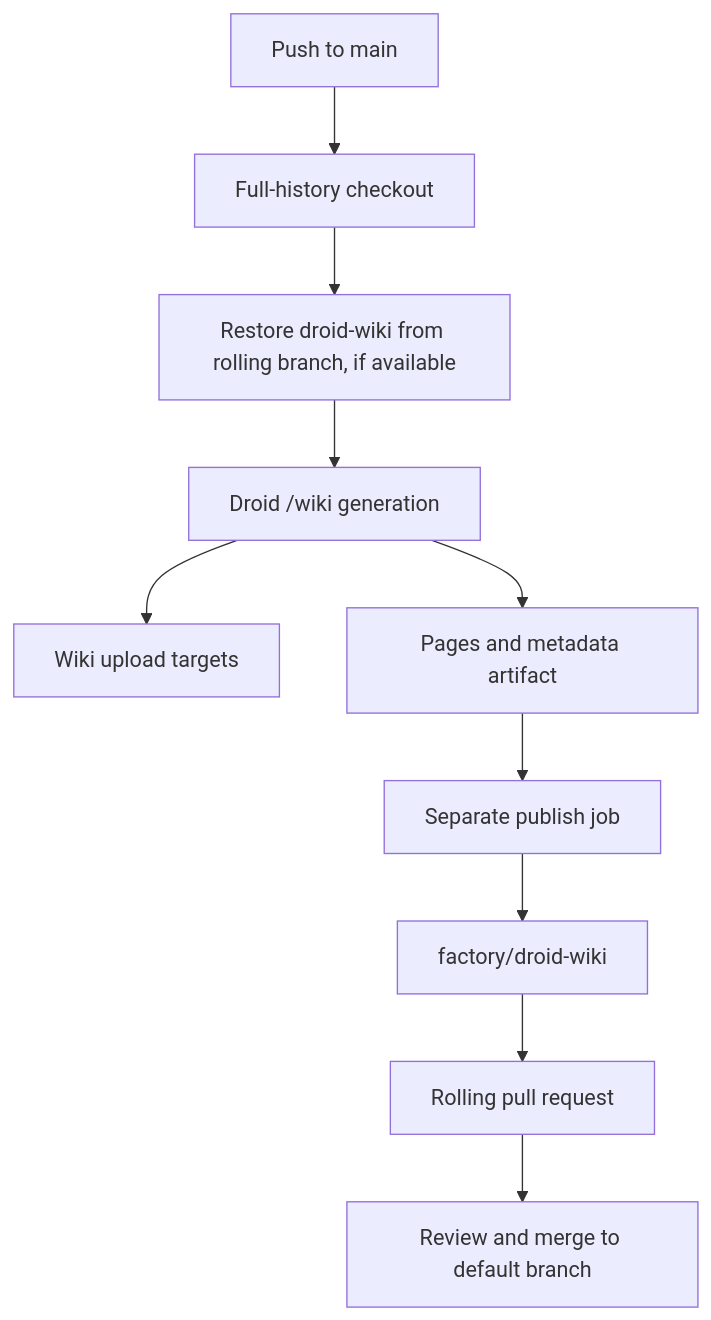
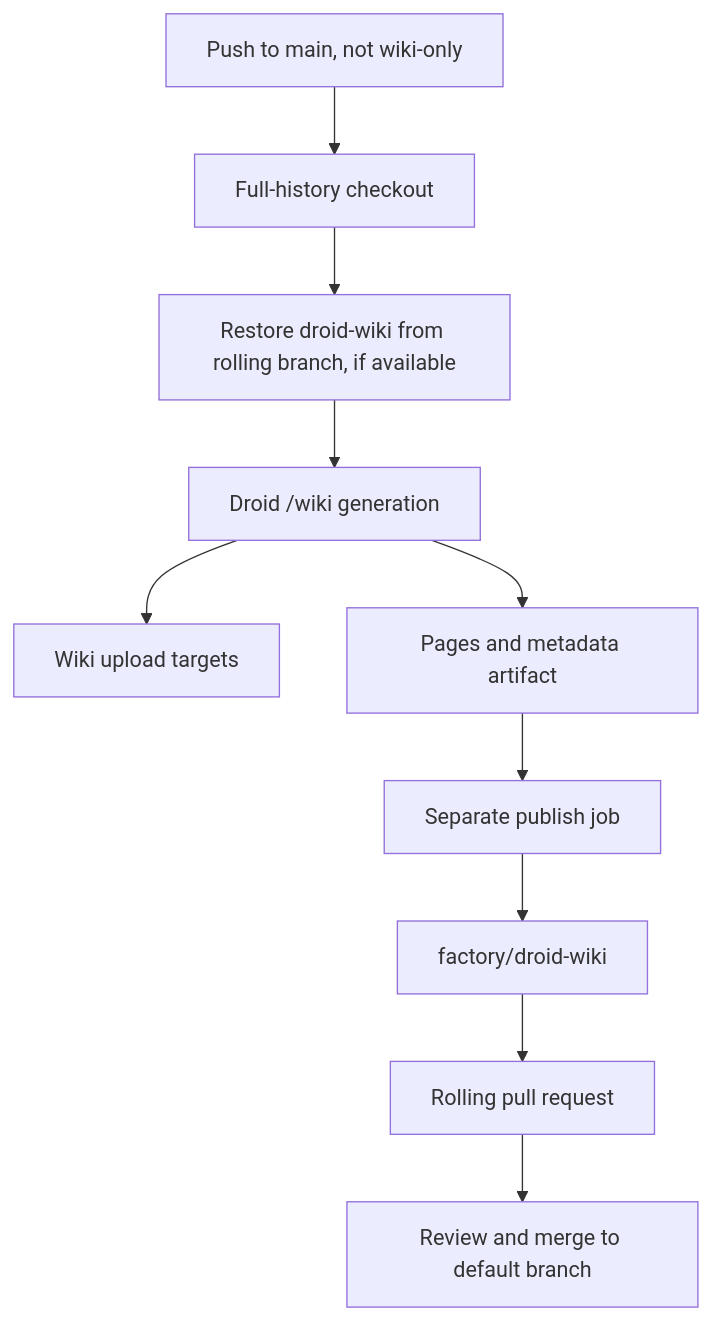
Before and after one commit to calisweetleaf/somnus-metadata: the diagram in droid-wiki/deployment.md, drawn with Mermaid. The commit also changed other lines of this file and 29 other files, not shown here.

````diff
--- a/droid-wiki/deployment.md
+++ b/droid-wiki/deployment.md
@@ -41,12 +51,12 @@
 ```mermaid
 graph TD
-    Push["Push to main"] --> Checkout["Full-history checkout"]
+    Push["Push to main, not wiki-only"] --> Checkout["Full-history checkout"]
     Checkout --> Restore["Restore droid-wiki from rolling branch, if available"]
     Restore --> Generate["Droid /wiki generation"]
     Generate --> Hosted["Wiki upload targets"]
     Generate --> Artifact["Pages and metadata artifact"]
     Artifact --> Publish["Separate publish job"]
     Publish --> Branch["factory/droid-wiki"]
     Branch --> PR["Rolling pull request"]
     PR --> Review["Review and merge to default branch"]
 ```
````
